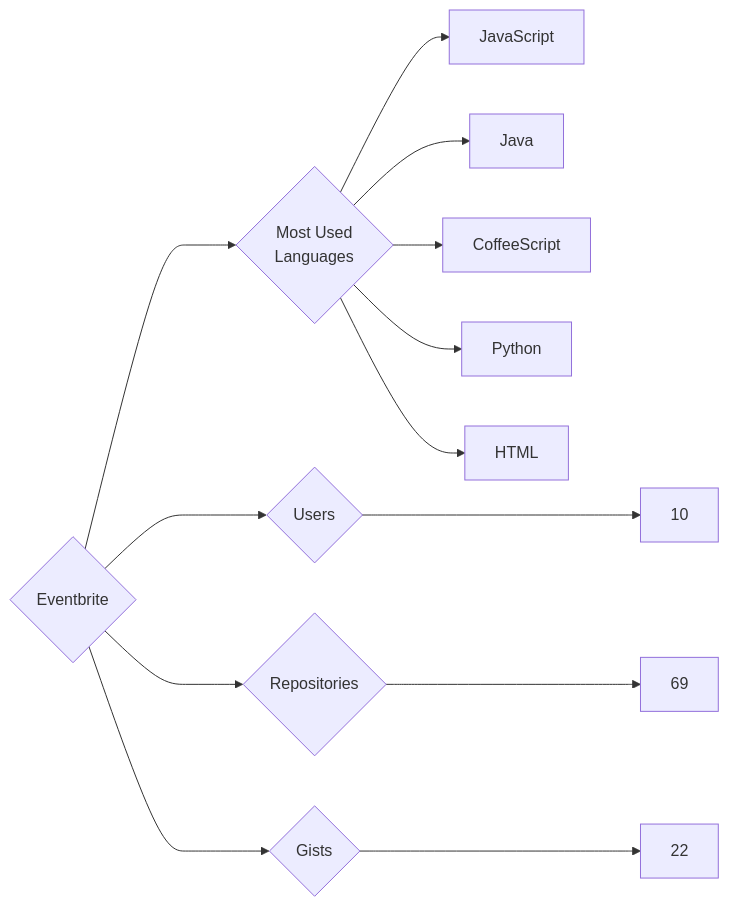
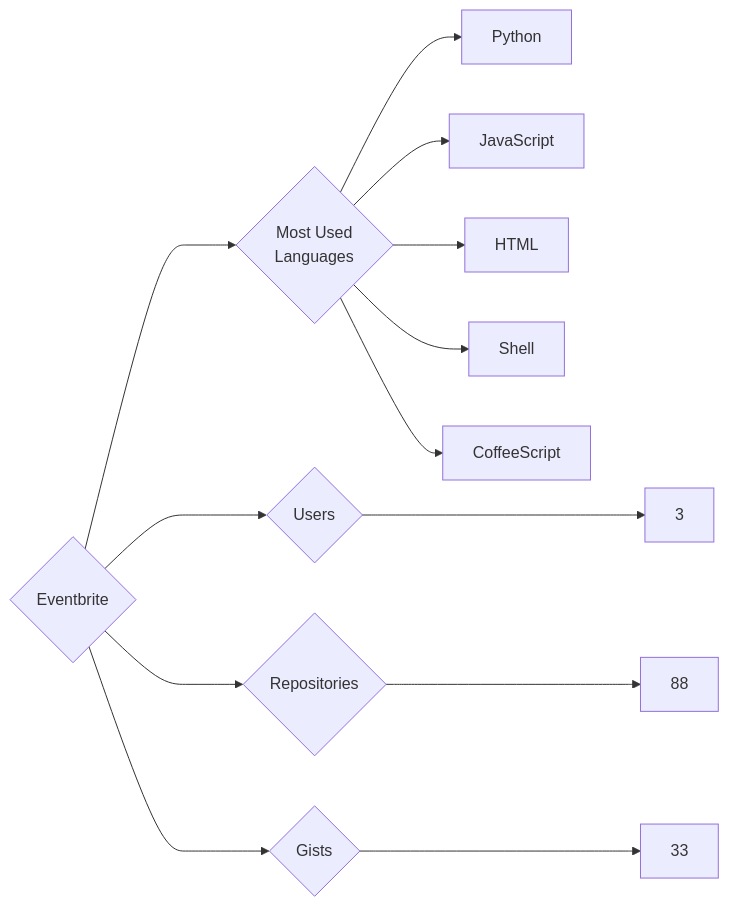
Before and after one commit to trickest/insiders: the diagram in targets/Eventbrite/README.md, drawn with Mermaid. The commit also changed 880 other files, not shown here.

````diff
--- a/targets/Eventbrite/README.md
+++ b/targets/Eventbrite/README.md
@@ -3,13 +3,13 @@
 ```mermaid
 graph LR
 COMPANY_NAME{Eventbrite}
-COMPANY_NAME ---> U{Users} ---> UN[10]
-COMPANY_NAME ---> R{Repositories} ---> RN[69]
-COMPANY_NAME ---> G{Gists} ---> GN[22]
+COMPANY_NAME ---> U{Users} ---> UN[3]
+COMPANY_NAME ---> R{Repositories} ---> RN[88]
+COMPANY_NAME ---> G{Gists} ---> GN[33]
 COMPANY_NAME ---> ML{Most Used<br>Languages}
+ML --> Python[Python]
 ML --> JavaScript[JavaScript]
-ML --> Java[Java]
+ML --> HTML[HTML]
+ML --> Shell[Shell]
 ML --> CoffeeScript[CoffeeScript]
-ML --> Python[Python]
-ML --> HTML[HTML]
 ```
````
